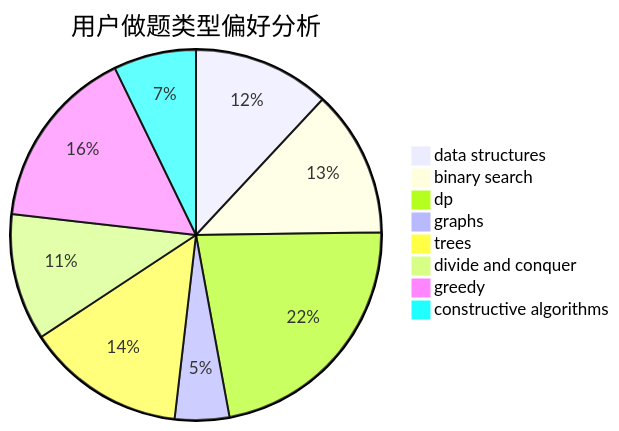
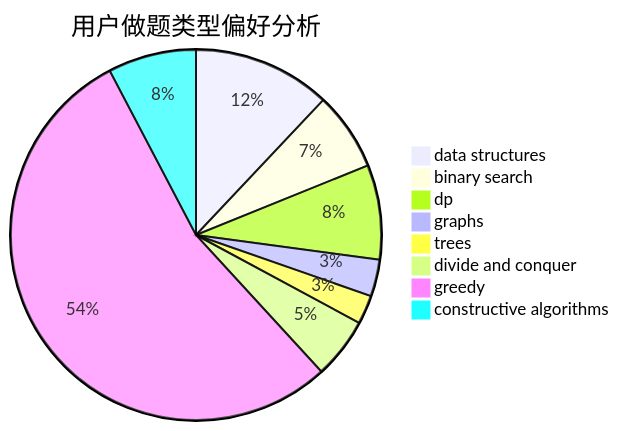
Before and after one commit to sherpahu/cfrs.github.io: the second of 3 diagrams in docs/user/u166.md, drawn with Mermaid. The commit also changed other lines of this file and 2770 other files, not shown here.

````diff
--- a/docs/user/u166.md
+++ b/docs/user/u166.md
@@ -23,11 +23,11 @@
 ```mermaid
 pie title 用户做题类型偏好分析
-    "data structures" :  68
-    "binary search" :  73
-    "dp" :  127
-    "graphs" :  27
-    "trees" :  79
-    "divide and conquer" :  63
-    "greedy" :  91
-    "constructive algorithms" :  41
+    "data structures" :  86
+    "binary search" :  49
+    "dp" :  59
+    "graphs" :  23
+    "trees" :  18
+    "divide and conquer" :  38
+    "greedy" :  387
+    "constructive algorithms" :  55
 ```
````
